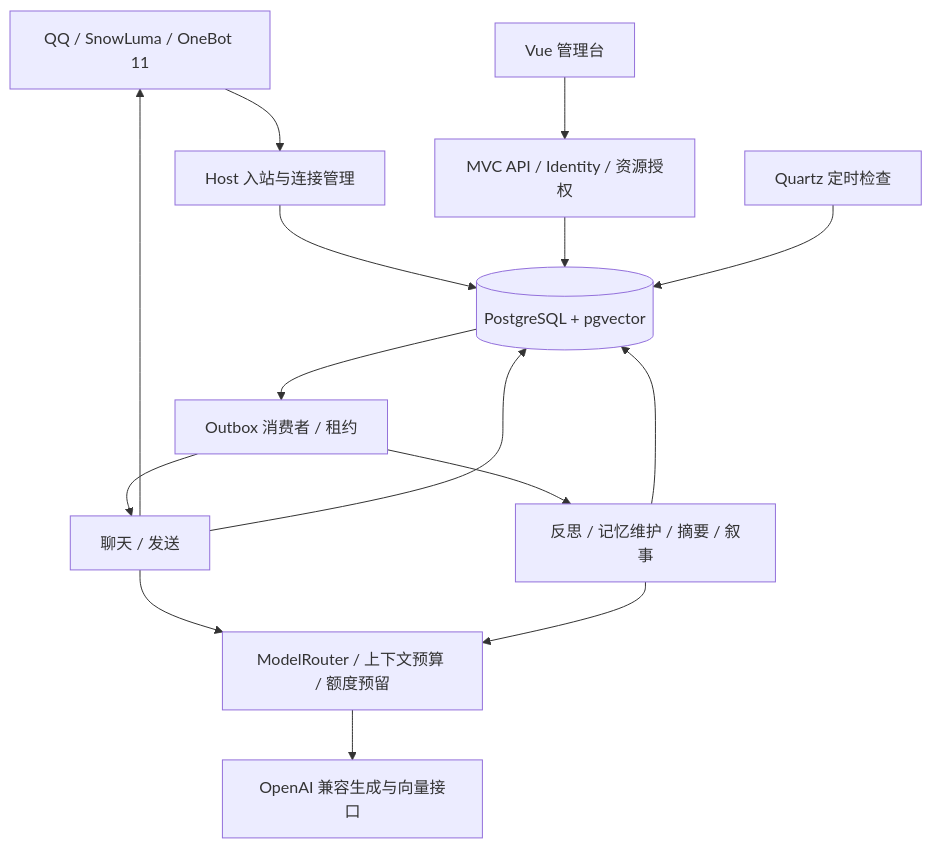
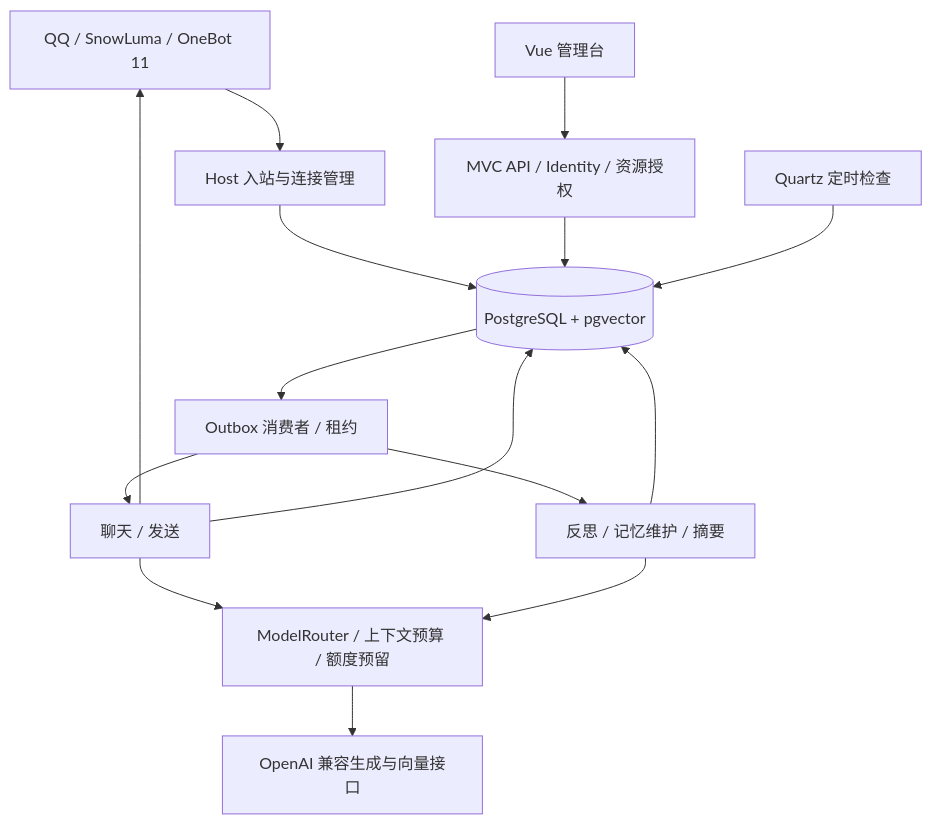
The diagram in docs/architecture.md (Raspberry-Monster/Wonder), drawn with Mermaid before and after one commit. The commit also changed other lines of this file and 20 other files, not shown here.

````diff
--- a/docs/architecture.md
+++ b/docs/architecture.md
@@ -11,17 +11,17 @@
 ```mermaid
 flowchart TB
     QQ[QQ / SnowLuma / OneBot 11] --> INGEST[Host 入站与连接管理]
     WEB[Vue 管理台] --> API[MVC API / Identity / 资源授权]
     INGEST --> DB[(PostgreSQL + pgvector)]
     API --> DB
     QUARTZ[Quartz 定时检查] --> DB
     DB --> WORKERS[Outbox 消费者 / 租约]
     WORKERS --> CHAT[聊天 / 发送]
-    WORKERS --> REFLECT[反思 / 记忆维护 / 摘要 / 叙事]
+    WORKERS --> REFLECT[反思 / 记忆维护 / 摘要]
     CHAT --> ROUTER[ModelRouter / 上下文预算 / 额度预留]
     REFLECT --> ROUTER
     ROUTER --> MODEL[OpenAI 兼容生成与向量接口]
     CHAT --> QQ
     CHAT --> DB
     REFLECT --> DB
 ```
````
